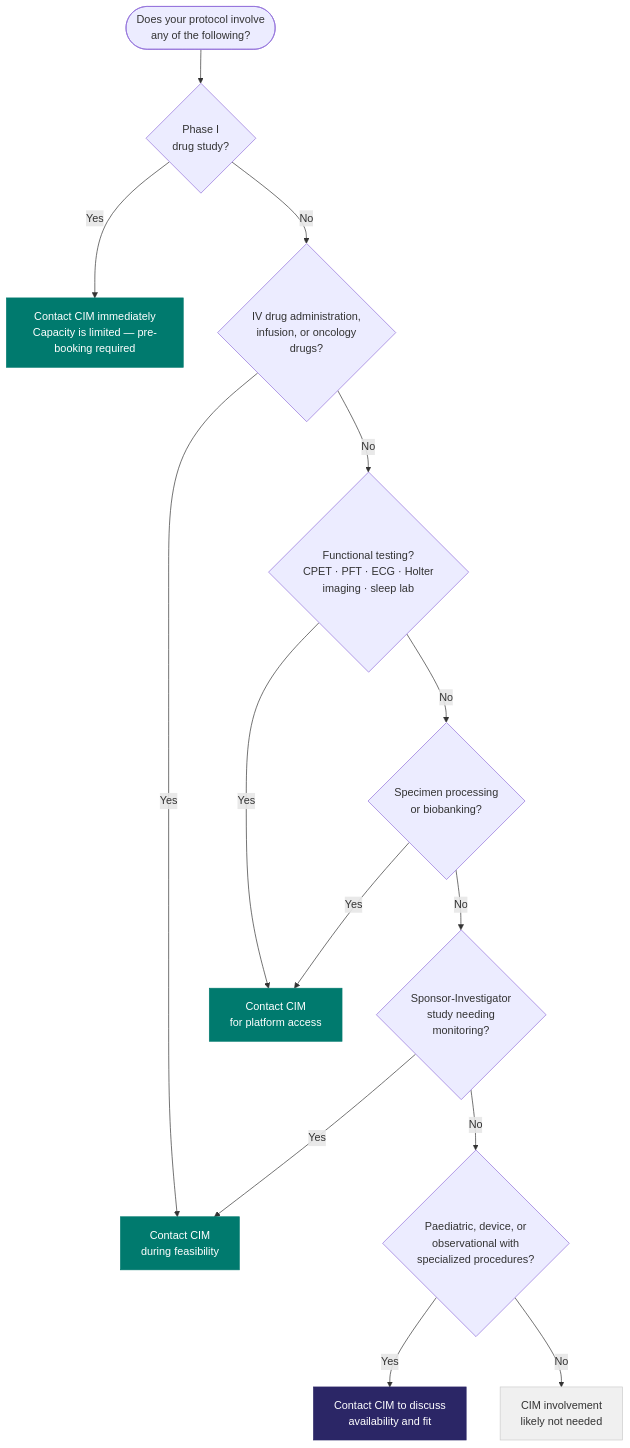
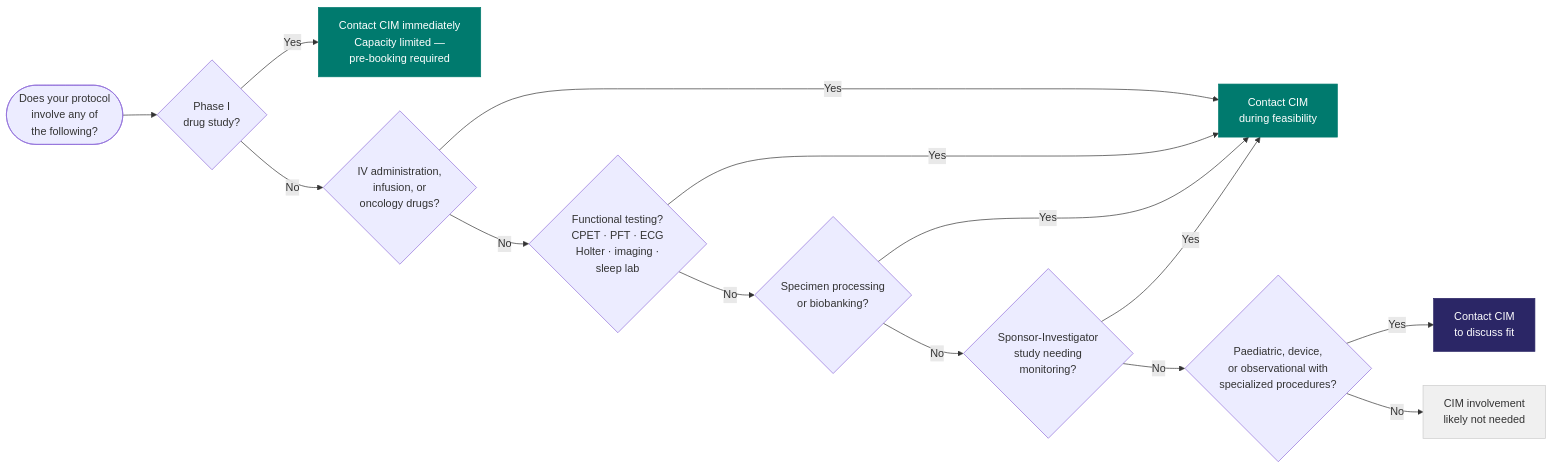
The diagram in cim/planning.mdx (matthewfiorentino/docs), drawn with Mermaid before and after one commit. The commit also changed other lines of this file, not shown here.

Commit message:
Switch CIM flowchart to left-to-right orientation
TD orientation was too narrow and clipped on scroll. LR fills
the content width naturally. Also consolidated duplicate outcome
nodes (CIM_PLATFORM merged into CIM) for a cleaner chart.

````diff
--- a/cim/planning.mdx
+++ b/cim/planning.mdx
@@ -15,22 +13,21 @@
 ```mermaid
-flowchart TD
-    START(["Does your protocol involve<br/>any of the following?"]) --> Q1{"Phase I<br/>drug study?"}
-    Q1 -->|Yes| CIM_EARLY["Contact CIM immediately<br/>Capacity is limited — pre-booking required"]
-    Q1 -->|No| Q2{"IV drug administration,<br/>infusion, or oncology<br/>drugs?"}
+flowchart LR
+    START(["Does your protocol<br/>involve any of<br/>the following?"]) --> Q1{"Phase I<br/>drug study?"}
+    Q1 -->|Yes| CIM_EARLY["Contact CIM immediately<br/>Capacity limited —<br/>pre-booking required"]
+    Q1 -->|No| Q2{"IV administration,<br/>infusion, or<br/>oncology drugs?"}
     Q2 -->|Yes| CIM["Contact CIM<br/>during feasibility"]
-    Q2 -->|No| Q3{"Functional testing?<br/>CPET · PFT · ECG · Holter<br/>imaging · sleep lab"}
-    Q3 -->|Yes| CIM_PLATFORM["Contact CIM<br/>for platform access"]
+    Q2 -->|No| Q3{"Functional testing?<br/>CPET · PFT · ECG<br/>Holter · imaging ·<br/>sleep lab"}
+    Q3 -->|Yes| CIM
     Q3 -->|No| Q4{"Specimen processing<br/>or biobanking?"}
-    Q4 -->|Yes| CIM_PLATFORM
+    Q4 -->|Yes| CIM
     Q4 -->|No| Q5{"Sponsor-Investigator<br/>study needing<br/>monitoring?"}
     Q5 -->|Yes| CIM
-    Q5 -->|No| Q6{"Paediatric, device, or<br/>observational with<br/>specialized procedures?"}
-    Q6 -->|Yes| CIM_DISCUSS["Contact CIM to discuss<br/>availability and fit"]
+    Q5 -->|No| Q6{"Paediatric, device,<br/>or observational with<br/>specialized procedures?"}
+    Q6 -->|Yes| CIM_DISCUSS["Contact CIM<br/>to discuss fit"]
     Q6 -->|No| NO_CIM["CIM involvement<br/>likely not needed"]
 
     style CIM_EARLY fill:#007a6e,color:#fff,stroke:#007a6e
     style CIM fill:#007a6e,color:#fff,stroke:#007a6e
-    style CIM_PLATFORM fill:#007a6e,color:#fff,stroke:#007a6e
     style CIM_DISCUSS fill:#2b2666,color:#fff,stroke:#2b2666
     style NO_CIM fill:#f0f0f0,color:#333,stroke:#ccc
 ```
````
